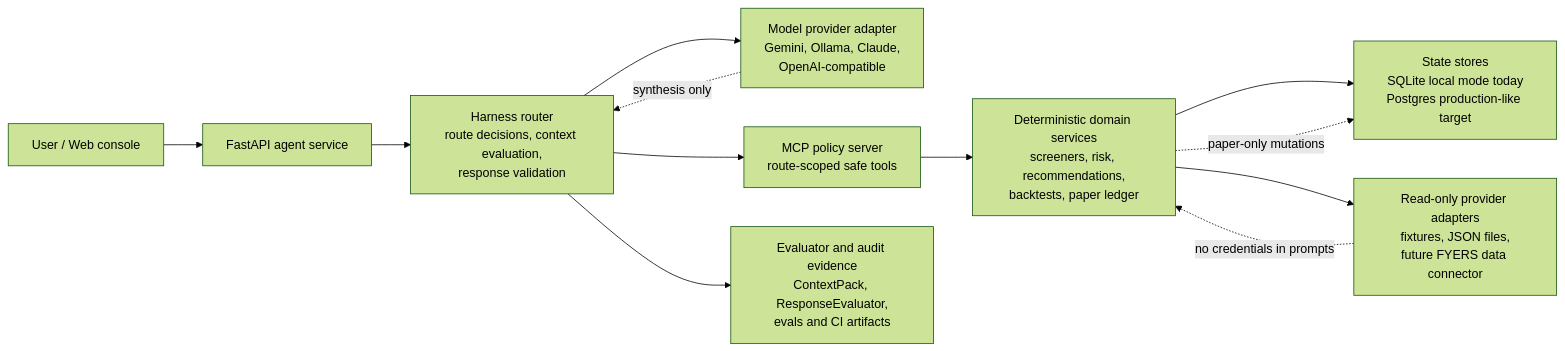
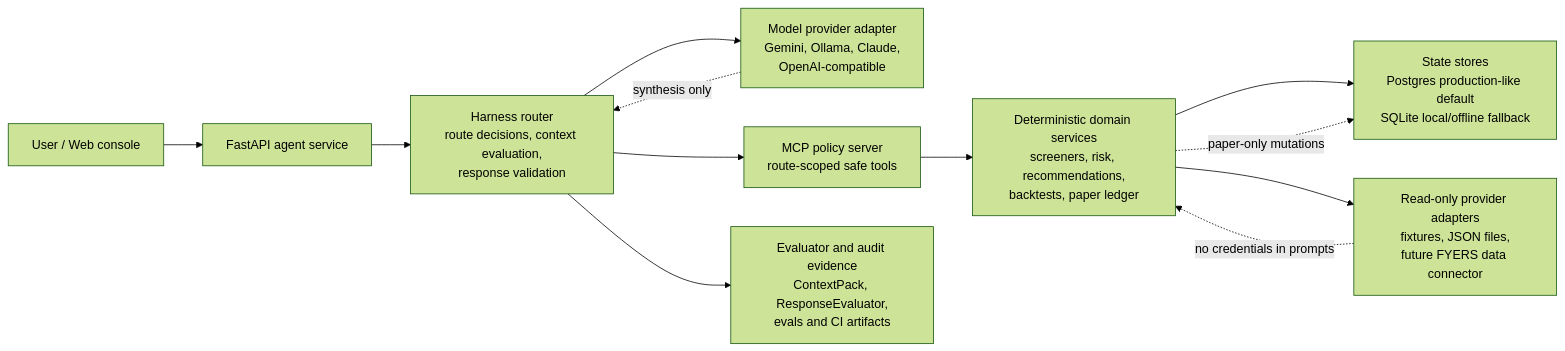
The first of 2 diagrams in README.md (vinay-raghavan/portfolio-management-agentic), drawn with Mermaid (forest theme) before and after one commit. The commit also changed other lines of this file and 6 other files, not shown here.

````diff
--- a/README.md
+++ b/README.md
@@ -86,15 +89,15 @@
 ```mermaid
 flowchart LR
     U["User / Web console"] --> API["FastAPI agent service"]
     API --> ROUTE["Harness router<br/>route decisions, context evaluation,<br/>response validation"]
     ROUTE --> MODEL["Model provider adapter<br/>Gemini, Ollama, Claude,<br/>OpenAI-compatible"]
     ROUTE --> MCP["MCP policy server<br/>route-scoped safe tools"]
     MCP --> DOMAIN["Deterministic domain services<br/>screeners, risk, recommendations,<br/>backtests, paper ledger"]
-    DOMAIN --> DB["State stores<br/>SQLite local mode today<br/>Postgres production-like target"]
+    DOMAIN --> DB["State stores<br/>Postgres production-like default<br/>SQLite local/offline fallback"]
     DOMAIN --> PROVIDERS["Read-only provider adapters<br/>fixtures, JSON files,<br/>future FYERS data connector"]
     ROUTE --> AUDIT["Evaluator and audit evidence<br/>ContextPack, ResponseEvaluator,<br/>evals and CI artifacts"]
 
     MODEL -. "synthesis only" .-> ROUTE
     PROVIDERS -. "no credentials in prompts" .-> DOMAIN
     DOMAIN -. "paper-only mutations" .-> DB
 ```
````
